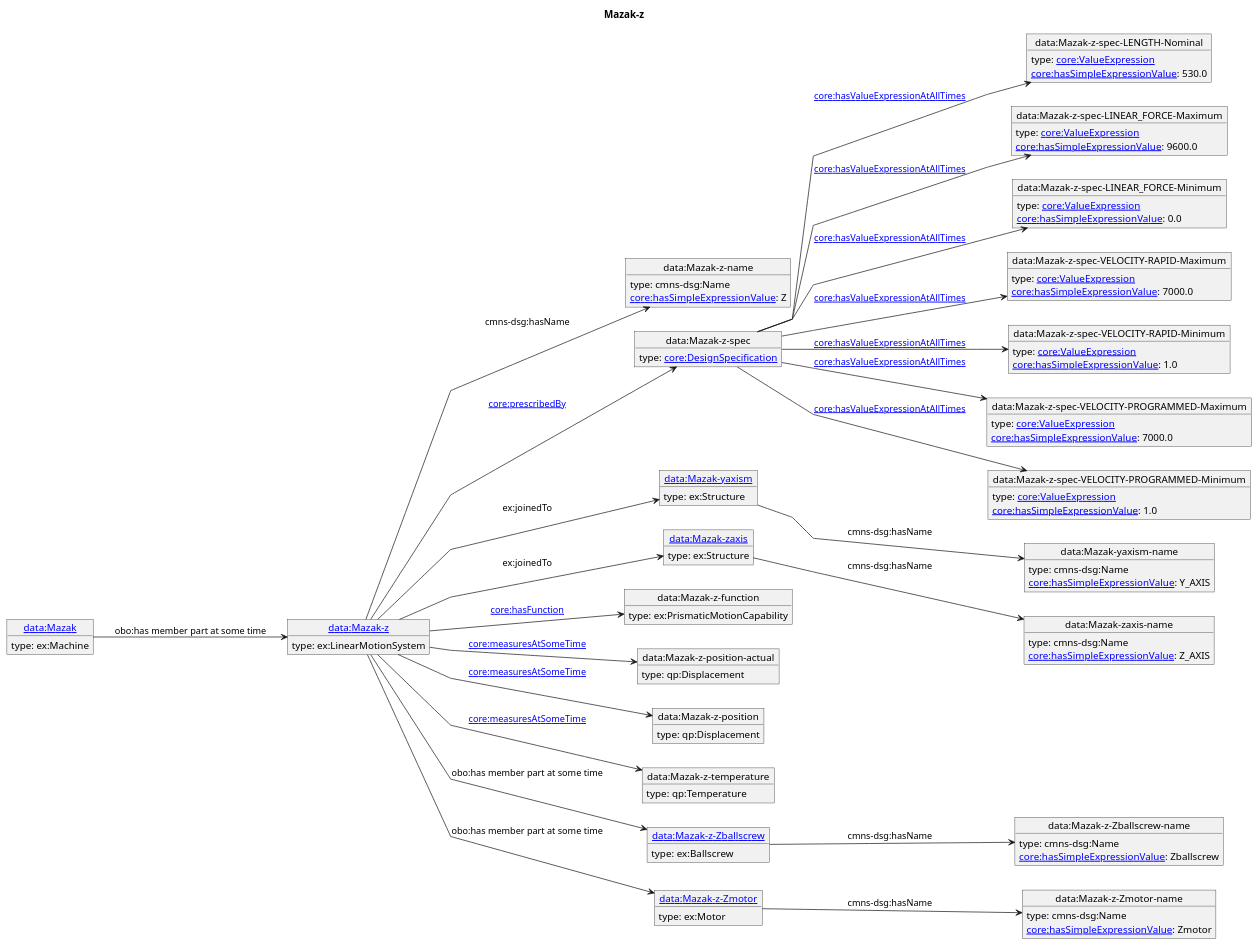
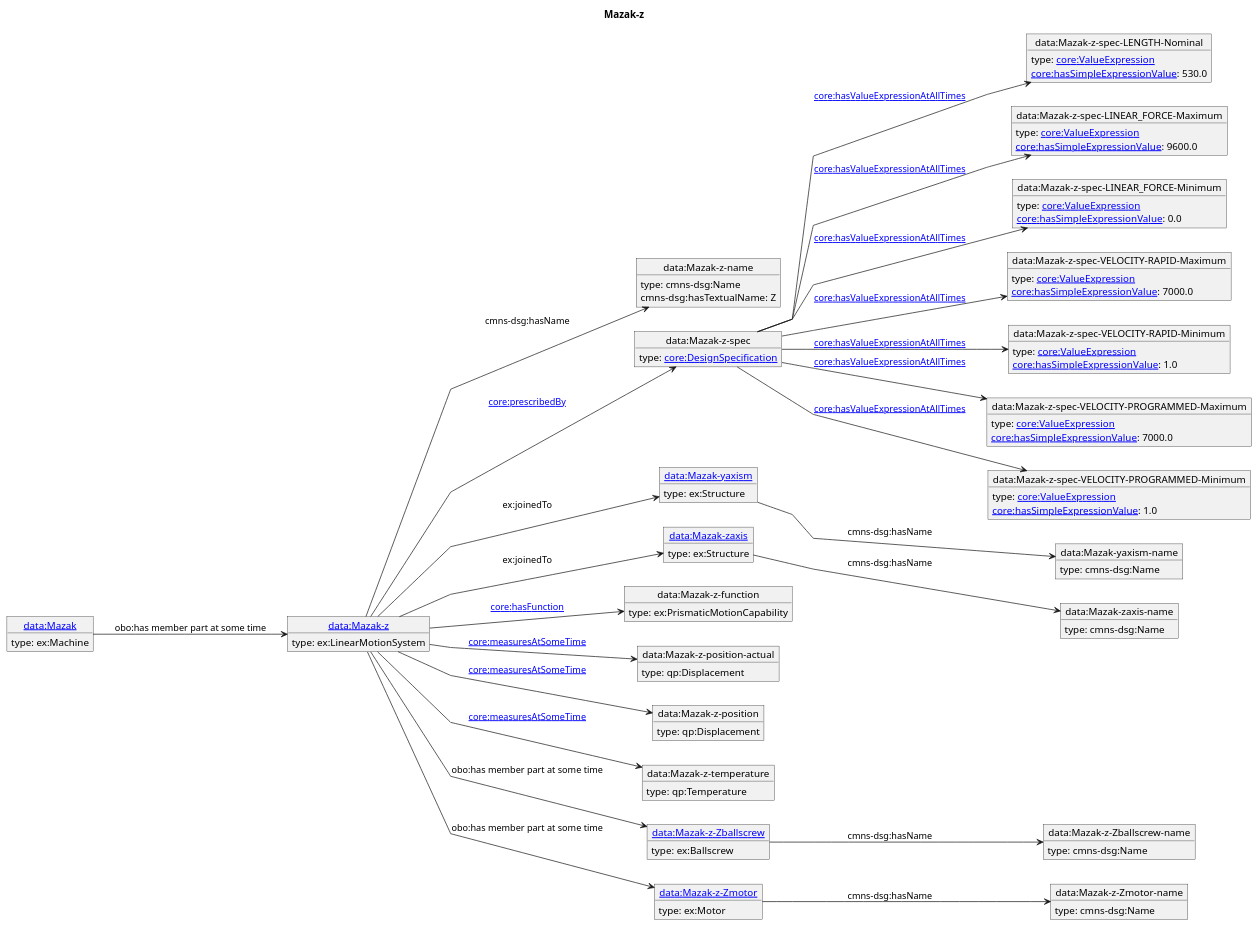
Before and after one commit to iofoundry/example-syseng-mtconnect: the diagram in diagrams/Mazak-z.puml, drawn with PlantUML. The commit also changed 144 other files, not shown here.

Commit message:
Switched to omg commons hasTextualName since it does not require a value expression as the domain.

```diff
--- a/diagrams/Mazak-z.puml
+++ b/diagrams/Mazak-z.puml
@@ -1,108 +1,104 @@
 @startuml
 skinparam linetype polyline
 left to right direction
 title Mazak-z
 object "[[./Mazak-z.html data:Mazak-z]]" as o1 {
  type: ex:LinearMotionSystem 
 }
 object "data:Mazak-z-name" as o2 {
  type: cmns-dsg:Name 
 }
 object "data:Mazak-z-spec" as o3 {
  type: [[https://spec.industrialontologies.org/ontology/core/Core/DesignSpecification core:DesignSpecification]] 
 }
 object "data:Mazak-z-spec-LENGTH-Nominal" as o4 {
  type: [[https://spec.industrialontologies.org/ontology/core/Core/ValueExpression core:ValueExpression]] 
 }
 object "data:Mazak-z-spec-LINEAR_FORCE-Maximum" as o5 {
  type: [[https://spec.industrialontologies.org/ontology/core/Core/ValueExpression core:ValueExpression]] 
 }
 object "data:Mazak-z-spec-LINEAR_FORCE-Minimum" as o6 {
  type: [[https://spec.industrialontologies.org/ontology/core/Core/ValueExpression core:ValueExpression]] 
 }
 object "data:Mazak-z-spec-VELOCITY-RAPID-Maximum" as o7 {
  type: [[https://spec.industrialontologies.org/ontology/core/Core/ValueExpression core:ValueExpression]] 
 }
 object "data:Mazak-z-spec-VELOCITY-RAPID-Minimum" as o8 {
  type: [[https://spec.industrialontologies.org/ontology/core/Core/ValueExpression core:ValueExpression]] 
 }
 object "data:Mazak-z-spec-VELOCITY-PROGRAMMED-Maximum" as o9 {
  type: [[https://spec.industrialontologies.org/ontology/core/Core/ValueExpression core:ValueExpression]] 
 }
 object "data:Mazak-z-spec-VELOCITY-PROGRAMMED-Minimum" as o10 {
  type: [[https://spec.industrialontologies.org/ontology/core/Core/ValueExpression core:ValueExpression]] 
 }
 object "[[./Mazak-yaxism.html data:Mazak-yaxism]]" as o11 {
  type: ex:Structure 
 }
 object "data:Mazak-yaxism-name" as o12 {
  type: cmns-dsg:Name 
 }
 object "[[./Mazak-zaxis.html data:Mazak-zaxis]]" as o13 {
  type: ex:Structure 
 }
 object "data:Mazak-zaxis-name" as o14 {
  type: cmns-dsg:Name 
 }
 object "data:Mazak-z-function" as o15 {
  type: ex:PrismaticMotionCapability 
 }
 object "data:Mazak-z-position-actual" as o16 {
  type: qp:Displacement 
 }
 object "data:Mazak-z-position" as o17 {
  type: qp:Displacement 
 }
 object "data:Mazak-z-temperature" as o18 {
  type: qp:Temperature 
 }
 object "[[./Mazak-z-Zballscrew.html data:Mazak-z-Zballscrew]]" as o19 {
  type: ex:Ballscrew 
 }
 object "data:Mazak-z-Zballscrew-name" as o20 {
  type: cmns-dsg:Name 
 }
 object "[[./Mazak-z-Zmotor.html data:Mazak-z-Zmotor]]" as o21 {
  type: ex:Motor 
 }
 object "data:Mazak-z-Zmotor-name" as o22 {
  type: cmns-dsg:Name 
 }
 object "[[./Mazak.html data:Mazak]]" as o23 {
  type: ex:Machine 
 }
 o1 --> o2 : cmns-dsg:hasName
-o2 : [[https://spec.industrialontologies.org/ontology/core/Core/hasSimpleExpressionValue core:hasSimpleExpressionValue]]: Z
+o2 : cmns-dsg:hasTextualName: Z
 o1 --> o3 : [[https://spec.industrialontologies.org/ontology/core/Core/prescribedBy core:prescribedBy]]
 o3 --> o4 : [[https://spec.industrialontologies.org/ontology/core/Core/hasValueExpressionAtAllTimes core:hasValueExpressionAtAllTimes]]
 o4 : [[https://spec.industrialontologies.org/ontology/core/Core/hasSimpleExpressionValue core:hasSimpleExpressionValue]]: 530.0
 o3 --> o5 : [[https://spec.industrialontologies.org/ontology/core/Core/hasValueExpressionAtAllTimes core:hasValueExpressionAtAllTimes]]
 o5 : [[https://spec.industrialontologies.org/ontology/core/Core/hasSimpleExpressionValue core:hasSimpleExpressionValue]]: 9600.0
 o3 --> o6 : [[https://spec.industrialontologies.org/ontology/core/Core/hasValueExpressionAtAllTimes core:hasValueExpressionAtAllTimes]]
 o6 : [[https://spec.industrialontologies.org/ontology/core/Core/hasSimpleExpressionValue core:hasSimpleExpressionValue]]: 0.0
 o3 --> o7 : [[https://spec.industrialontologies.org/ontology/core/Core/hasValueExpressionAtAllTimes core:hasValueExpressionAtAllTimes]]
 o7 : [[https://spec.industrialontologies.org/ontology/core/Core/hasSimpleExpressionValue core:hasSimpleExpressionValue]]: 7000.0
 o3 --> o8 : [[https://spec.industrialontologies.org/ontology/core/Core/hasValueExpressionAtAllTimes core:hasValueExpressionAtAllTimes]]
 o8 : [[https://spec.industrialontologies.org/ontology/core/Core/hasSimpleExpressionValue core:hasSimpleExpressionValue]]: 1.0
 o3 --> o9 : [[https://spec.industrialontologies.org/ontology/core/Core/hasValueExpressionAtAllTimes core:hasValueExpressionAtAllTimes]]
 o9 : [[https://spec.industrialontologies.org/ontology/core/Core/hasSimpleExpressionValue core:hasSimpleExpressionValue]]: 7000.0
 o3 --> o10 : [[https://spec.industrialontologies.org/ontology/core/Core/hasValueExpressionAtAllTimes core:hasValueExpressionAtAllTimes]]
 o10 : [[https://spec.industrialontologies.org/ontology/core/Core/hasSimpleExpressionValue core:hasSimpleExpressionValue]]: 1.0
 o1 --> o11 : ex:joinedTo
 o11 --> o12 : cmns-dsg:hasName
-o12 : [[https://spec.industrialontologies.org/ontology/core/Core/hasSimpleExpressionValue core:hasSimpleExpressionValue]]: Y_AXIS
 o1 --> o13 : ex:joinedTo
 o13 --> o14 : cmns-dsg:hasName
-o14 : [[https://spec.industrialontologies.org/ontology/core/Core/hasSimpleExpressionValue core:hasSimpleExpressionValue]]: Z_AXIS
 o1 --> o15 : [[https://spec.industrialontologies.org/ontology/core/Core/hasFunction core:hasFunction]]
 o1 --> o16 : [[https://spec.industrialontologies.org/ontology/core/Core/measuresAtSomeTime core:measuresAtSomeTime]]
 o1 --> o17 : [[https://spec.industrialontologies.org/ontology/core/Core/measuresAtSomeTime core:measuresAtSomeTime]]
 o1 --> o18 : [[https://spec.industrialontologies.org/ontology/core/Core/measuresAtSomeTime core:measuresAtSomeTime]]
 o1 --> o19 : obo:has member part at some time
 o19 --> o20 : cmns-dsg:hasName
-o20 : [[https://spec.industrialontologies.org/ontology/core/Core/hasSimpleExpressionValue core:hasSimpleExpressionValue]]: Zballscrew
 o1 --> o21 : obo:has member part at some time
 o21 --> o22 : cmns-dsg:hasName
-o22 : [[https://spec.industrialontologies.org/ontology/core/Core/hasSimpleExpressionValue core:hasSimpleExpressionValue]]: Zmotor
 o23 --> o1 : obo:has member part at some time
 @enduml
```
